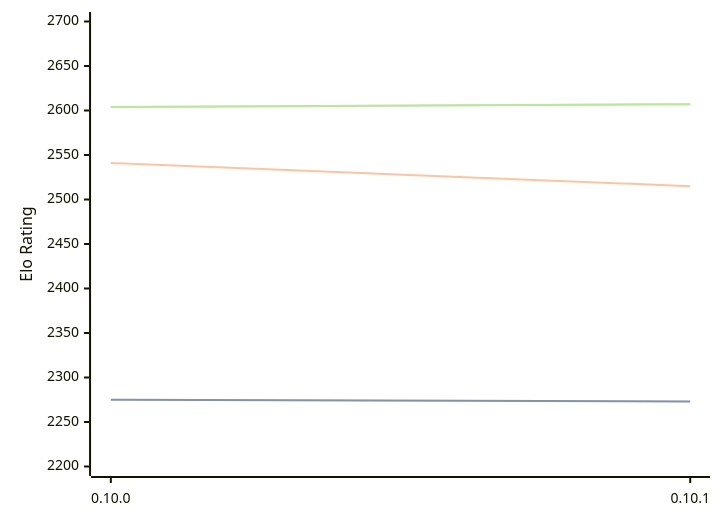
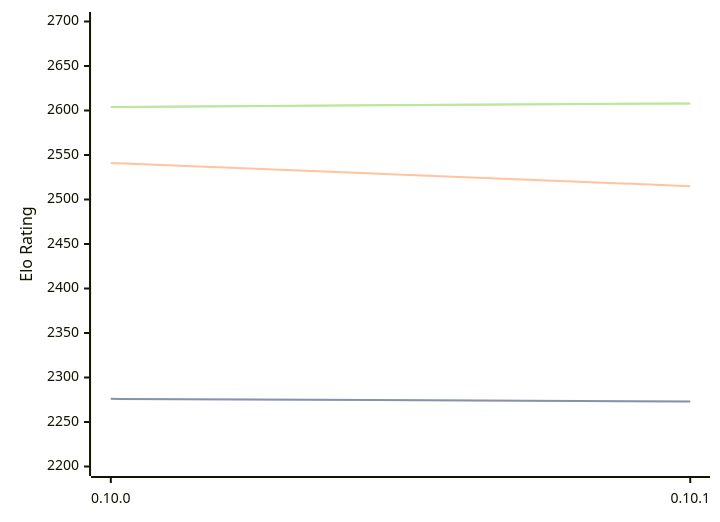
One commit to computer-chess-index/cci changed the diagram in engines/Fatalii.md. Above: the diagram before and after it, drawn with Mermaid. The commit also changed other lines of this file, not shown here.

Commit message:
Update CCI Ratings (ELO VLTC) - 2026-09-01

````diff
--- a/engines/Fatalii.md
+++ b/engines/Fatalii.md
@@ -32,11 +32,11 @@
 ```mermaid
 %%{init: {"theme":"base","themeVariables":{"seriesColors:['#a3a3a3','#222221','#faa371']}}}%%
 xychart-beta
   x-axis ["0.10.0", "0.10.1"]
   y-axis "Elo Rating" 2200 --> 2700
-  line "" [2275, 2273]
-  line "STC (8.0+0.08s)" [2275, 2273]
+  line "" [2276, 2273]
+  line "STC (8.0+0.08s)" [2276, 2273]
   line "LTC (60.0+0.60s)" [2541, 2515]
-  line "" [2604, 2607]
-  line "VLTC (2m24s+1.12s)" [2604, 2607]
+  line "" [2604, 2608]
+  line "VLTC (2m24s+1.12s)" [2604, 2608]
 ```
````
